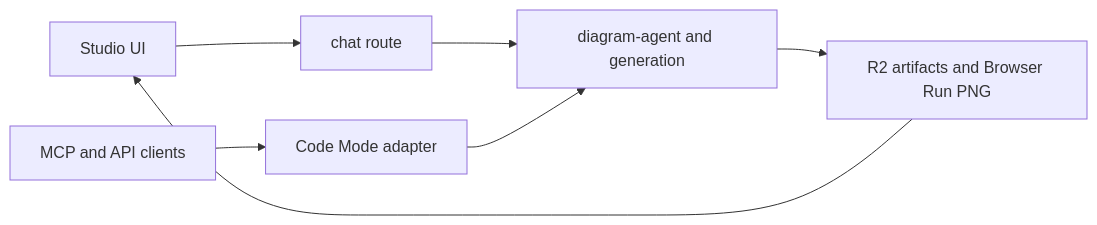
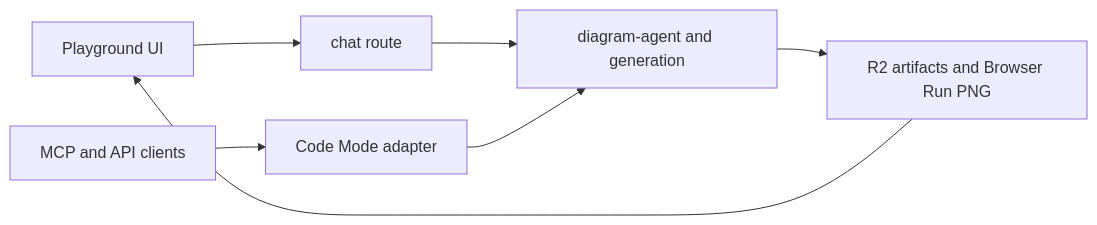
Before and after one commit to shpitdev/sketchi: the diagram in apps/studio/README.md, drawn with Mermaid. The commit also changed other lines of this file and 36 other files, not shown here.

````diff
--- a/apps/studio/README.md
+++ b/apps/studio/README.md
@@ -5,9 +6,9 @@
 ```mermaid
 flowchart LR
-  UI["Studio UI"] --> Chat["chat route"]
+  UI["Playground UI"] --> Chat["chat route"]
   Harness["MCP and API clients"] --> CodeMode["Code Mode adapter"]
   Chat --> Runtime["diagram-agent and generation"]
   CodeMode --> Runtime
   Runtime --> Artifacts["R2 artifacts and Browser Run PNG"]
   Artifacts --> UI
 ```
````
